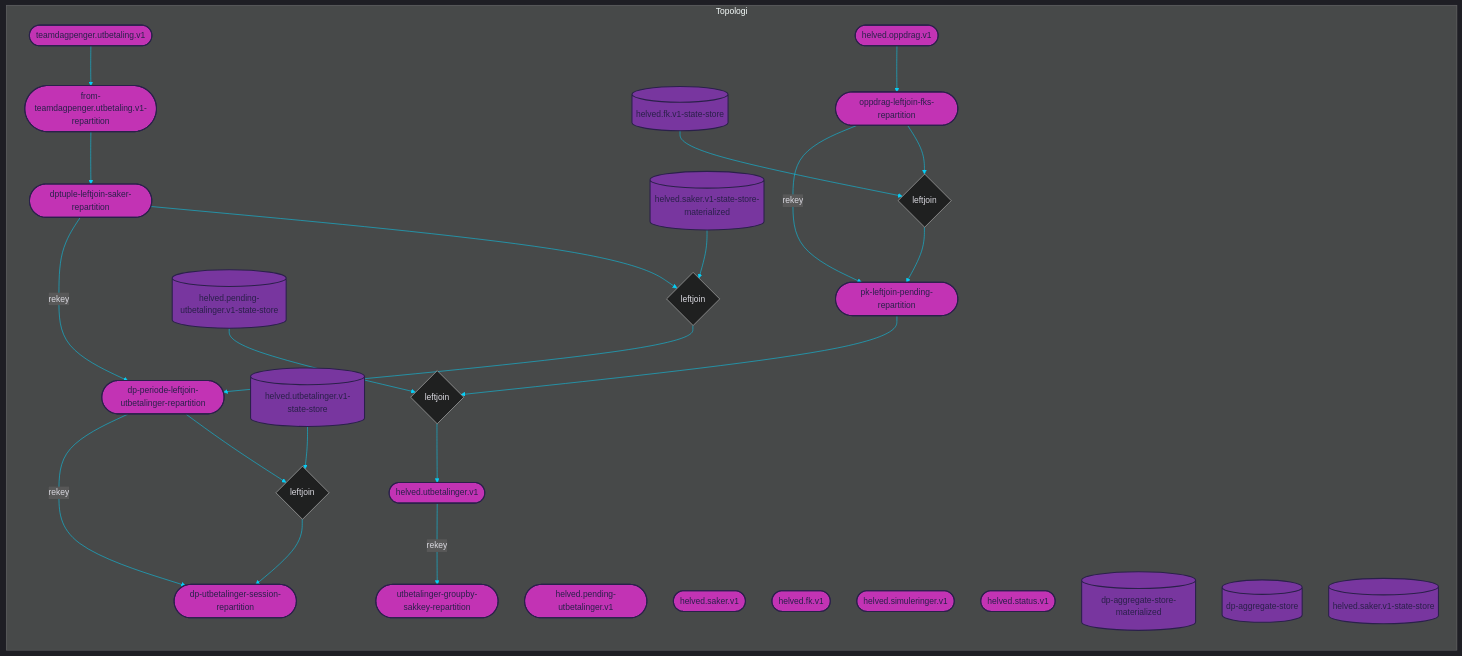
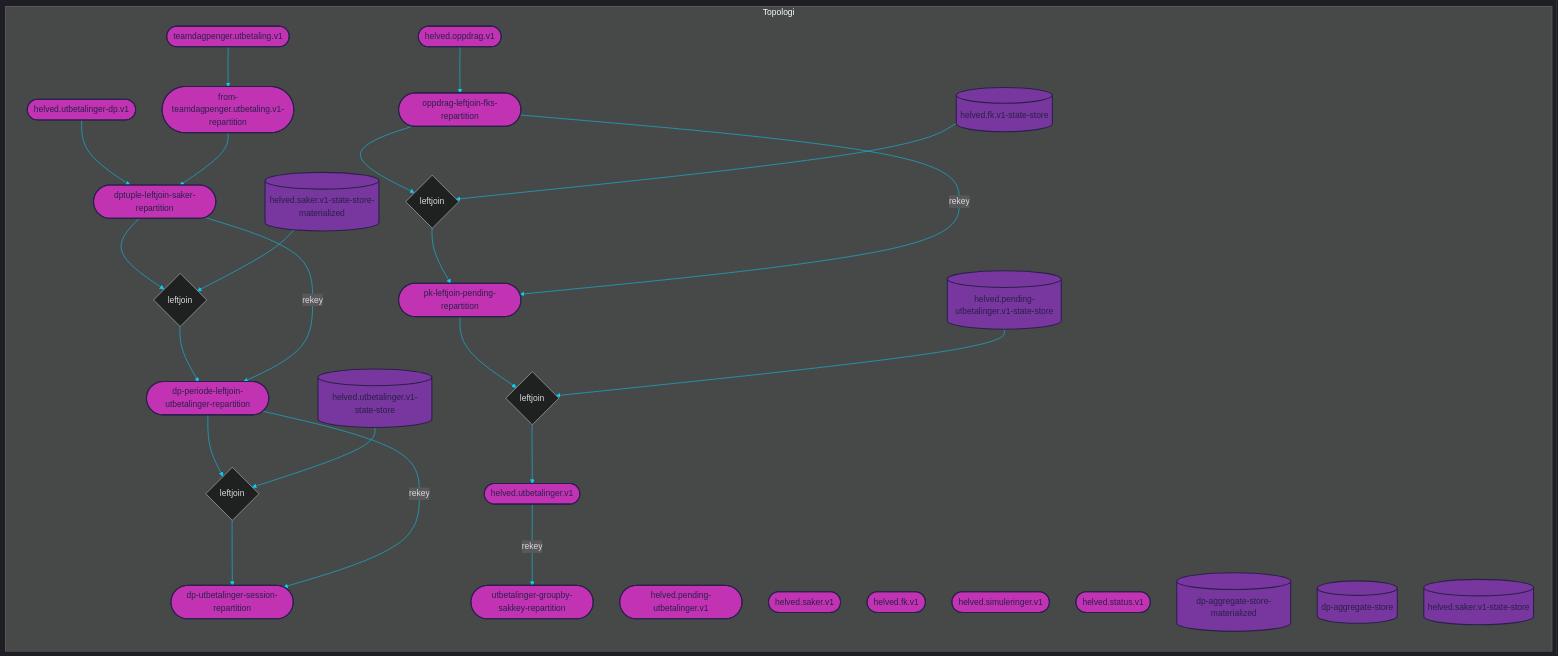
The diagram in dokumentasjon/abetal.mmd (navikt/helved-utbetaling), drawn with Mermaid before and after one commit. The commit also changed 5 other files, not shown here.

```diff
--- a/dokumentasjon/abetal.mmd
+++ b/dokumentasjon/abetal.mmd
@@ -1,116 +1,119 @@
 
 %%{init: {'theme': 'dark', 'themeVariables': { 'primaryColor': '#07cff6', 'textColor': '#dad9e0', 'lineColor': '#07cff6'}}}%%
 
 graph LR
 
 subgraph Topologi
     %% TOPICS
     helved.utbetalinger.v1([helved.utbetalinger.v1])
 	dp-periode-leftjoin-utbetalinger-repartition([dp-periode-leftjoin-utbetalinger-repartition])
 	dp-utbetalinger-session-repartition([dp-utbetalinger-session-repartition])
 	utbetalinger-groupby-sakkey-repartition([utbetalinger-groupby-sakkey-repartition])
 	pk-leftjoin-pending-repartition([pk-leftjoin-pending-repartition])
 	helved.pending-utbetalinger.v1([helved.pending-utbetalinger.v1])
 	dptuple-leftjoin-saker-repartition([dptuple-leftjoin-saker-repartition])
 	helved.saker.v1([helved.saker.v1])
 	oppdrag-leftjoin-fks-repartition([oppdrag-leftjoin-fks-repartition])
 	helved.fk.v1([helved.fk.v1])
 	teamdagpenger.utbetaling.v1([teamdagpenger.utbetaling.v1])
 	from-teamdagpenger.utbetaling.v1-repartition([from-teamdagpenger.utbetaling.v1-repartition])
+	helved.utbetalinger-dp.v1([helved.utbetalinger-dp.v1])
 	helved.simuleringer.v1([helved.simuleringer.v1])
 	helved.oppdrag.v1([helved.oppdrag.v1])
 	helved.status.v1([helved.status.v1])
 
     %% JOINS
     dp-periode-leftjoin-utbetalinger{leftjoin}
 	pk-leftjoin-pending{leftjoin}
 	dptuple-leftjoin-saker{leftjoin}
 	oppdrag-leftjoin-fks{leftjoin}
 
     %% STATE PROCESSORS
     
     
     %% STATE STORES
     helved.utbetalinger.v1-state-store[(helved.utbetalinger.v1-state-store)]
 	helved.pending-utbetalinger.v1-state-store[(helved.pending-utbetalinger.v1-state-store)]
 	helved.saker.v1-state-store-materialized[(helved.saker.v1-state-store-materialized)]
 	helved.fk.v1-state-store[(helved.fk.v1-state-store)]
 	dp-aggregate-store-materialized[(dp-aggregate-store-materialized)]
 	dp-aggregate-store[(dp-aggregate-store)]
 	helved.saker.v1-state-store[(helved.saker.v1-state-store)]
     
     %% DATABASES
     
     
 
     %% PROCESSOR API JOBS
     
     
     %% JOIN STREAMS
     dp-periode-leftjoin-utbetalinger-repartition --> dp-periode-leftjoin-utbetalinger
 	helved.utbetalinger.v1-state-store --> dp-periode-leftjoin-utbetalinger
 	dp-periode-leftjoin-utbetalinger --> dp-utbetalinger-session-repartition
 	pk-leftjoin-pending-repartition --> pk-leftjoin-pending
 	helved.pending-utbetalinger.v1-state-store --> pk-leftjoin-pending
 	pk-leftjoin-pending --> helved.utbetalinger.v1
 	dptuple-leftjoin-saker-repartition --> dptuple-leftjoin-saker
 	helved.saker.v1-state-store-materialized --> dptuple-leftjoin-saker
 	dptuple-leftjoin-saker --> dp-periode-leftjoin-utbetalinger-repartition
 	oppdrag-leftjoin-fks-repartition --> oppdrag-leftjoin-fks
 	helved.fk.v1-state-store --> oppdrag-leftjoin-fks
 	oppdrag-leftjoin-fks --> pk-leftjoin-pending-repartition
 
     %% TABLE STREAMS
     
 
     %% JOB STREAMS
     
     
     %% BRANCH STREAMS
     
 
     %% REPARTITION STREAMS
     helved.utbetalinger.v1 --> |rekey| utbetalinger-groupby-sakkey-repartition
 	dp-periode-leftjoin-utbetalinger-repartition --> |rekey| dp-utbetalinger-session-repartition
 	dptuple-leftjoin-saker-repartition --> |rekey| dp-periode-leftjoin-utbetalinger-repartition
 	oppdrag-leftjoin-fks-repartition --> |rekey| pk-leftjoin-pending-repartition
     
     %% BASIC STREAMS
     teamdagpenger.utbetaling.v1 --> from-teamdagpenger.utbetaling.v1-repartition
+	helved.utbetalinger-dp.v1 --> dptuple-leftjoin-saker-repartition
 	from-teamdagpenger.utbetaling.v1-repartition --> dptuple-leftjoin-saker-repartition
 	helved.oppdrag.v1 --> oppdrag-leftjoin-fks-repartition
     
     %% CUSTOM PROCESS STREAMS
     
 end
 
 %% COLORS
 %% light    #dad9e0
 %% purple   #78369f
 %% pink     #c233b4
 %% dark     #2a204a
 %% blue     #07cff6
 
 %% STYLES
 style helved.utbetalinger.v1 fill:#c233b4, stroke:#2a204a, stroke-width:2px, color:#2a204a
 style dp-periode-leftjoin-utbetalinger-repartition fill:#c233b4, stroke:#2a204a, stroke-width:2px, color:#2a204a
 style dp-utbetalinger-session-repartition fill:#c233b4, stroke:#2a204a, stroke-width:2px, color:#2a204a
 style utbetalinger-groupby-sakkey-repartition fill:#c233b4, stroke:#2a204a, stroke-width:2px, color:#2a204a
 style pk-leftjoin-pending-repartition fill:#c233b4, stroke:#2a204a, stroke-width:2px, color:#2a204a
 style helved.pending-utbetalinger.v1 fill:#c233b4, stroke:#2a204a, stroke-width:2px, color:#2a204a
 style dptuple-leftjoin-saker-repartition fill:#c233b4, stroke:#2a204a, stroke-width:2px, color:#2a204a
 style helved.saker.v1 fill:#c233b4, stroke:#2a204a, stroke-width:2px, color:#2a204a
 style oppdrag-leftjoin-fks-repartition fill:#c233b4, stroke:#2a204a, stroke-width:2px, color:#2a204a
 style helved.fk.v1 fill:#c233b4, stroke:#2a204a, stroke-width:2px, color:#2a204a
 style teamdagpenger.utbetaling.v1 fill:#c233b4, stroke:#2a204a, stroke-width:2px, color:#2a204a
 style from-teamdagpenger.utbetaling.v1-repartition fill:#c233b4, stroke:#2a204a, stroke-width:2px, color:#2a204a
+style helved.utbetalinger-dp.v1 fill:#c233b4, stroke:#2a204a, stroke-width:2px, color:#2a204a
 style helved.simuleringer.v1 fill:#c233b4, stroke:#2a204a, stroke-width:2px, color:#2a204a
 style helved.oppdrag.v1 fill:#c233b4, stroke:#2a204a, stroke-width:2px, color:#2a204a
 style helved.status.v1 fill:#c233b4, stroke:#2a204a, stroke-width:2px, color:#2a204a
 style helved.utbetalinger.v1-state-store fill:#78369f, stroke:#2a204a, stroke-width:2px, color:#2a204a
 style helved.pending-utbetalinger.v1-state-store fill:#78369f, stroke:#2a204a, stroke-width:2px, color:#2a204a
 style helved.saker.v1-state-store-materialized fill:#78369f, stroke:#2a204a, stroke-width:2px, color:#2a204a
 style helved.fk.v1-state-store fill:#78369f, stroke:#2a204a, stroke-width:2px, color:#2a204a
 style dp-aggregate-store-materialized fill:#78369f, stroke:#2a204a, stroke-width:2px, color:#2a204a
 style dp-aggregate-store fill:#78369f, stroke:#2a204a, stroke-width:2px, color:#2a204a
 style helved.saker.v1-state-store fill:#78369f, stroke:#2a204a, stroke-width:2px, color:#2a204a
```
